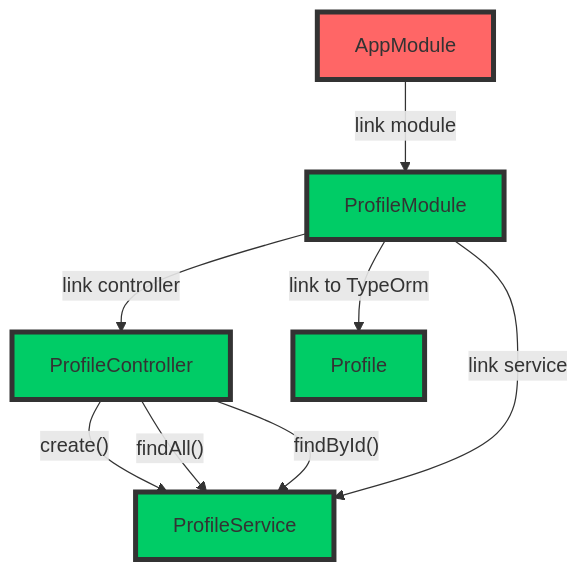
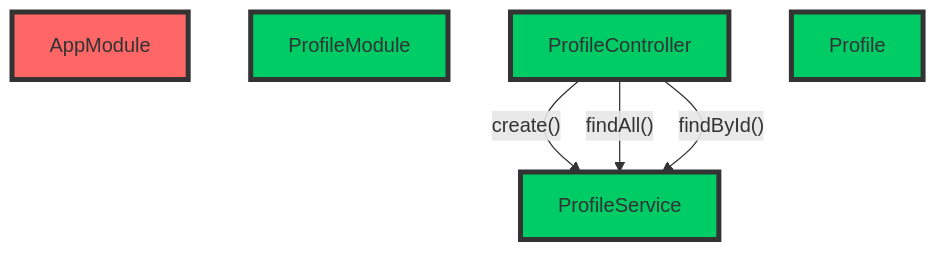
The first of 6 diagrams in README.md (boostercloud/kyc-example), drawn with Mermaid before and after one commit. The commit also changed other lines of this file, not shown here.

````diff
--- a/README.md
+++ b/README.md
@@ -104,16 +105,13 @@
 ```mermaid
 graph TD;
-    A[AppModule] -->|"link module"| B[ProfileModule];
+    classDef red fill:#ff6666,stroke:#333,stroke-width:4px;
+    classDef green fill:#00cc66,stroke:#333,stroke-width:4px;
+    A[AppModule];
+    B[ProfileModule];
     C[ProfileController] -->|"create()"| D[ProfileService];
     C -->|"findAll()"| D;
     C -->|"findById()"| D;
-    B -->|"link controller"| C;
-    B -->|"link service"| D;
-    B -->|"link to TypeOrm"| E[Profile];
-    
-    style A fill:#ff6666,stroke:#333,stroke-width:4px;
-    style B fill:#00cc66,stroke:#333,stroke-width:4px;
-    style C fill:#00cc66,stroke:#333,stroke-width:4px;
-    style D fill:#00cc66,stroke:#333,stroke-width:4px;
-    style E fill:#00cc66,stroke:#333,stroke-width:4px;
+    E[Profile];
+    class A red;
+    class B,C,D,E green;
 ```
````
